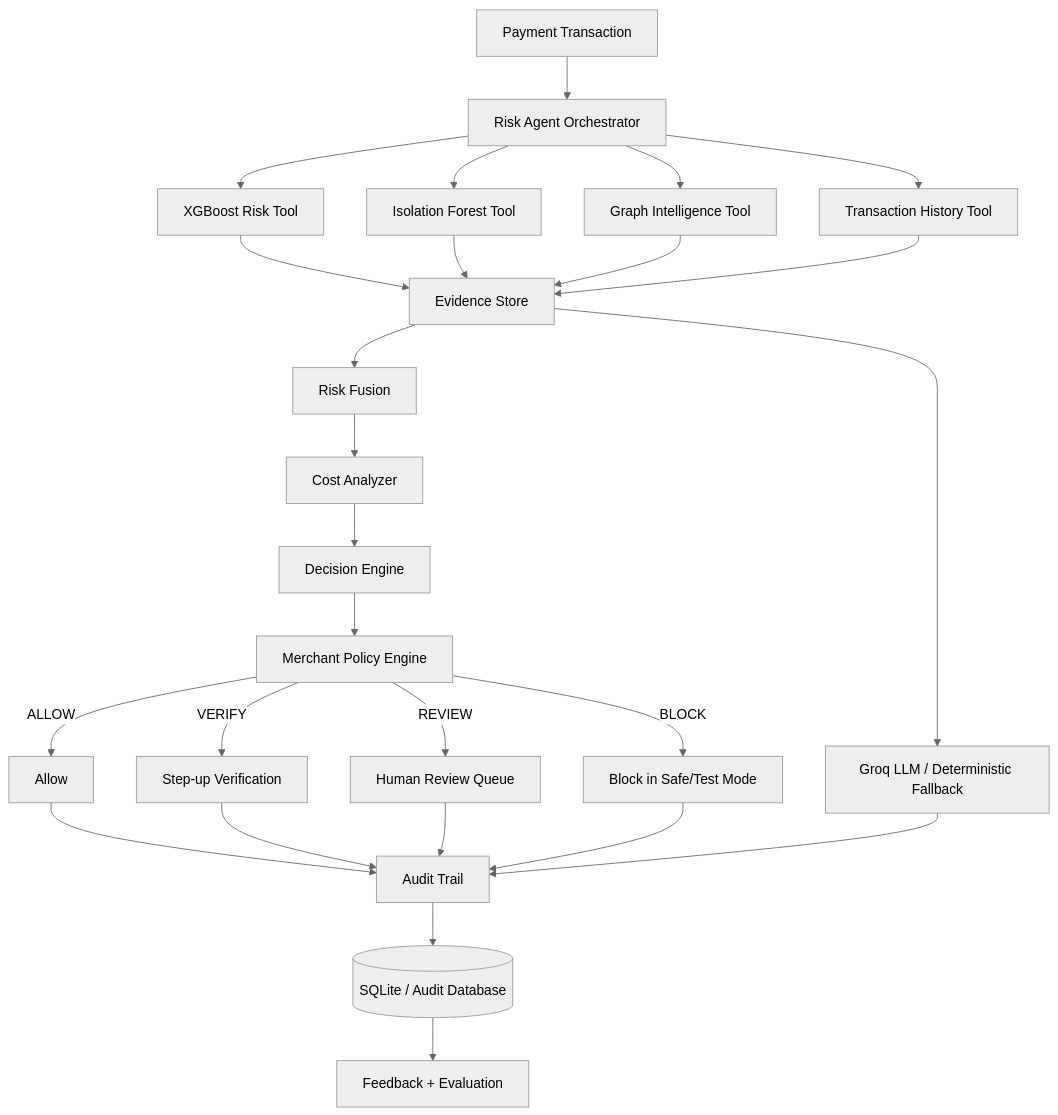
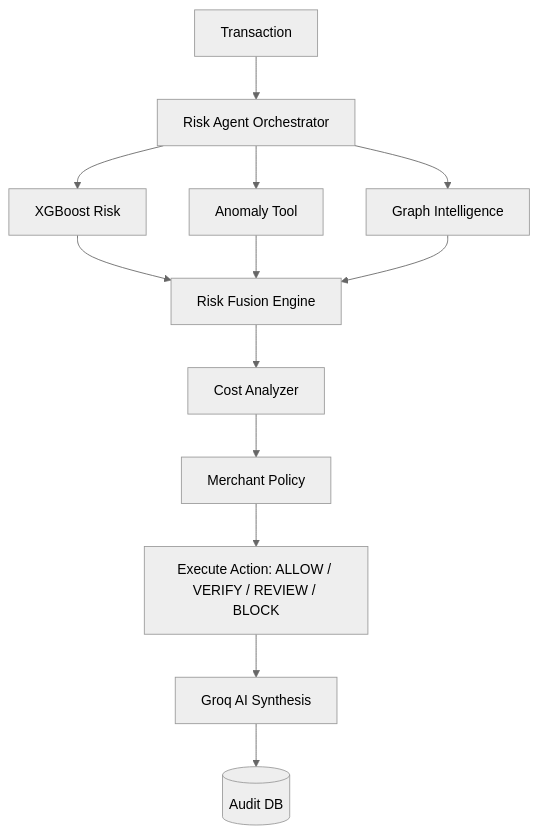
One commit to Kriti-kumari221/AI_Risk changed the diagram in README.md. Above: the diagram before and after it, drawn with Mermaid (neutral theme). The commit also changed other lines of this file, not shown here.

Commit message:
docs: Condense README for quick scanning while retaining advanced architecture details

````diff
--- a/README.md
+++ b/README.md
@@ -198,35 +35,11 @@
 ```mermaid
 graph TD
-    TX[Payment Transaction] --> AG[Risk Agent Orchestrator]
-
-    AG --> XGB[XGBoost Risk Tool]
-    AG --> AN[Isolation Forest Tool]
-    AG --> GR[Graph Intelligence Tool]
-    AG --> HI[Transaction History Tool]
-
-    XGB --> EV[Evidence Store]
-    AN --> EV
-    GR --> EV
-    HI --> EV
-
-    EV --> FU[Risk Fusion]
-    FU --> CO[Cost Analyzer]
-    CO --> DE[Decision Engine]
-    DE --> PO[Merchant Policy Engine]
-
-    PO -->|ALLOW| AL[Allow]
-    PO -->|VERIFY| VE[Step-up Verification]
-    PO -->|REVIEW| RV[Human Review Queue]
-    PO -->|BLOCK| BL[Block in Safe/Test Mode]
-
-    AL --> AU[Audit Trail]
-    VE --> AU
-    RV --> AU
-    BL --> AU
-
-    EV --> LLM[Groq LLM / Deterministic Fallback]
-    LLM --> AU
-
-    AU --> DB[(SQLite / Audit Database)]
-    DB --> FB[Feedback + Evaluation]
+    TX[Transaction] --> Agent[Risk Agent Orchestrator]
+    Agent --> XGB[XGBoost Risk]
+    Agent --> Anom[Anomaly Tool]
+    Agent --> Graph[Graph Intelligence]
+    XGB & Anom & Graph --> Fusion[Risk Fusion Engine]
+    Fusion --> Cost[Cost Analyzer] --> Policy[Merchant Policy]
+    Policy --> Action[Execute Action: ALLOW / VERIFY / REVIEW / BLOCK]
+    Action --> Groq[Groq AI Synthesis] --> Audit[(Audit DB)]
 ```
````
